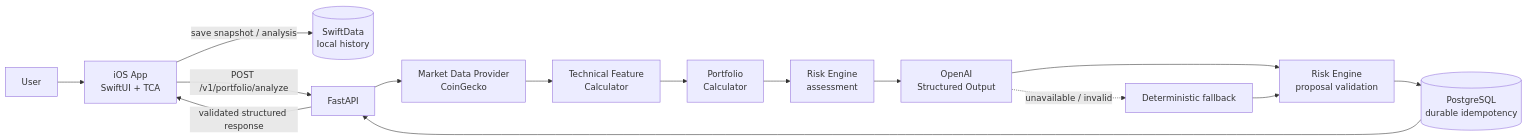
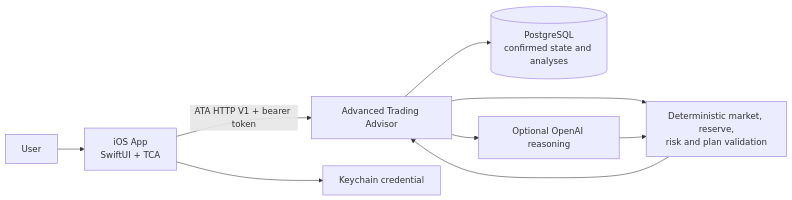
The diagram in README.md (KlinovK/CryptoPortfolioAdvisor), drawn with Mermaid before and after one commit. The commit also changed other lines of this file and 9 other files, not shown here.

````diff
--- a/README.md
+++ b/README.md
@@ -47,17 +41,11 @@
 ```mermaid
 flowchart LR
     User["User"] --> iOS["iOS App<br/>SwiftUI + TCA"]
-    iOS -->|"save snapshot / analysis"| Local[("SwiftData<br/>local history")]
-    iOS -->|"POST /v1/portfolio/analyze"| API["FastAPI"]
-    API --> Market["Market Data Provider<br/>CoinGecko"]
-    Market --> Features["Technical Feature<br/>Calculator"]
-    Features --> Portfolio["Portfolio<br/>Calculator"]
-    Portfolio --> Risk1["Risk Engine<br/>assessment"]
-    Risk1 --> AI["OpenAI<br/>Structured Output"]
-    AI --> Risk2["Risk Engine<br/>proposal validation"]
-    AI -. "unavailable / invalid" .-> Fallback["Deterministic fallback"]
-    Fallback --> Risk2
-    Risk2 --> DB[("PostgreSQL<br/>durable idempotency")]
-    DB --> API
-    API -->|"validated structured response"| iOS
+    iOS -->|"ATA HTTP V1 + bearer token"| ATA["Advanced Trading Advisor"]
+    iOS --> Keychain["Keychain credential"]
+    ATA --> DB[("PostgreSQL<br/>confirmed state and analyses")]
+    ATA --> Policy["Deterministic market, reserve,<br/>risk and plan validation"]
+    ATA --> AI["Optional OpenAI reasoning"]
+    Policy --> ATA
+    AI --> Policy
 ```
````
